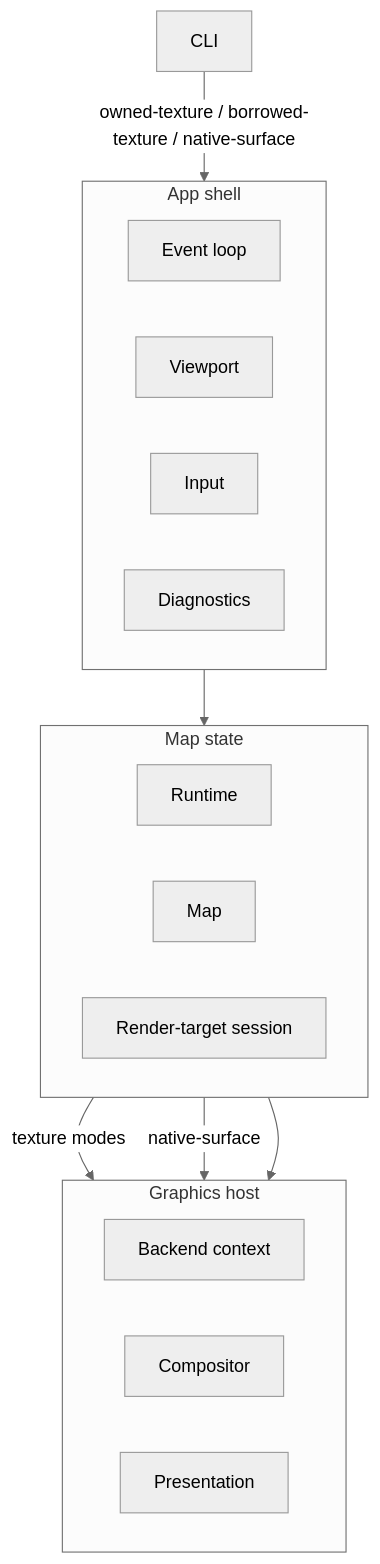
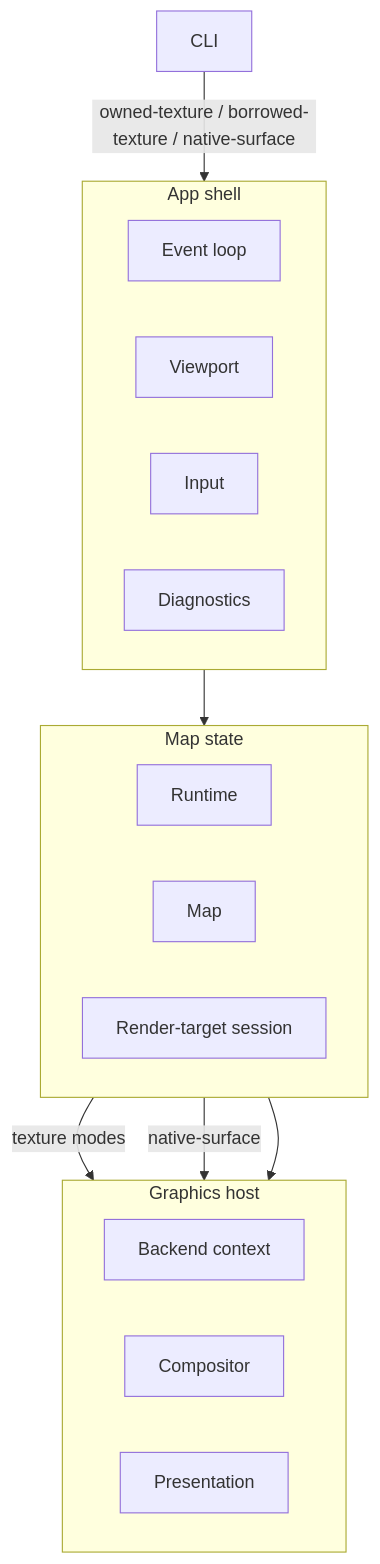
The first of 3 diagrams in docs/src/content/docs/development/specifications/map-example.md (maplibre/maplibre-native-ffi), drawn with Mermaid before and after one commit.

Commit message:
docs(spec): remove mermaid theme init from architecture diagram

````diff
--- a/docs/src/content/docs/development/specifications/map-example.md
+++ b/docs/src/content/docs/development/specifications/map-example.md
@@ -127,28 +127,27 @@
 ```mermaid
-%%{init: {'theme': 'neutral'}}%%
 flowchart TB
   subgraph shell["App shell"]
     direction LR
     EL[Event loop]
     VP[Viewport]
     IN[Input]
     DG[Diagnostics]
   end
   subgraph mapstate["Map state"]
     direction LR
     RT[Runtime]
     MP[Map]
     RS[Render-target session]
   end
   subgraph gfx["Graphics host"]
     direction LR
     BE[Backend context]
     CP[Compositor]
     SC[Presentation]
   end
   CLI -->|"owned-texture / borrowed-texture / native-surface"| shell
   shell --> mapstate
   mapstate --> gfx
   RS -->|texture modes| CP
   RS -->|native-surface| SC
 ```
````
